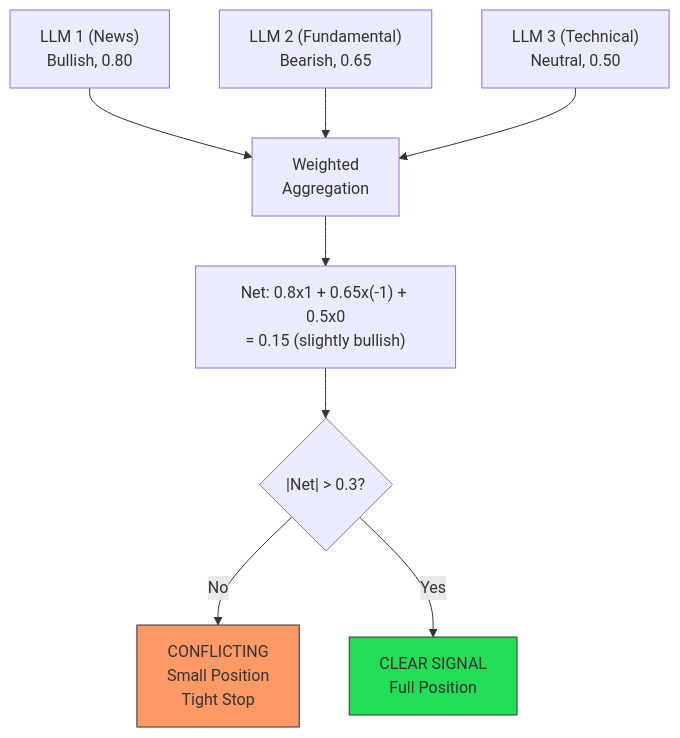
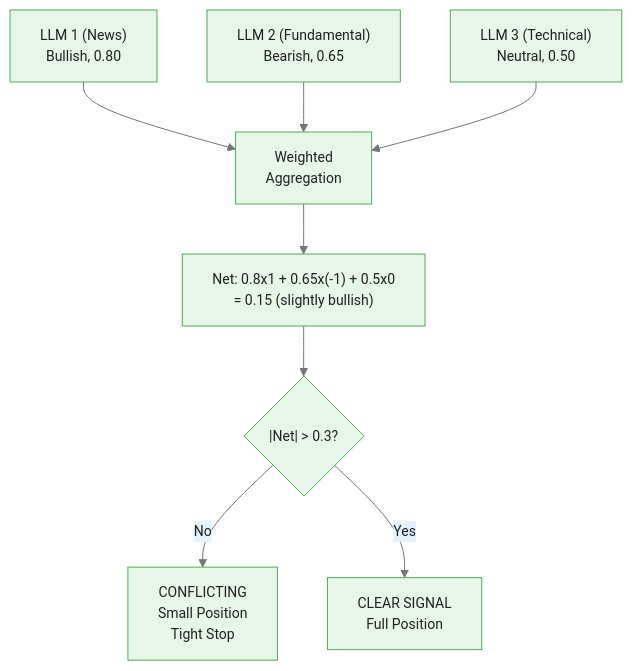
The third of 6 diagrams in courses/genai-commodities/modules/module_05_signals/guides/01_signal_frameworks_slides.md (m-deane/course-creator), drawn with Mermaid before and after one commit. The commit also changed other lines of this file and 84 other files, not shown here.

````diff
--- a/courses/genai-commodities/modules/module_05_signals/guides/01_signal_frameworks_slides.md
+++ b/courses/genai-commodities/modules/module_05_signals/guides/01_signal_frameworks_slides.md
@@ -233,15 +255,13 @@
 ```mermaid
+%%{init: {"theme": "base", "themeVariables": {"primaryColor": "#e8f5e9", "primaryBorderColor": "#4caf50", "primaryTextColor": "#212121", "secondaryColor": "#e3f2fd", "tertiaryColor": "#fff8e1", "lineColor": "#757575", "fontFamily": "Inter, sans-serif", "fontSize": "14px"}}}%%
 flowchart TD
     A["LLM 1 (News)<br/>Bullish, 0.80"] --> D[Weighted<br/>Aggregation]
     B["LLM 2 (Fundamental)<br/>Bearish, 0.65"] --> D
     C["LLM 3 (Technical)<br/>Neutral, 0.50"] --> D
 
     D --> E["Net: 0.8x1 + 0.65x(-1) + 0.5x0<br/>= 0.15 (slightly bullish)"]
 
     E --> F{"|Net| > 0.3?"}
     F -->|No| G[CONFLICTING<br/>Small Position<br/>Tight Stop]
     F -->|Yes| H[CLEAR SIGNAL<br/>Full Position]
-
-    style G fill:#f96,stroke:#333
-    style H fill:#2d5,stroke:#333
 ```
````
